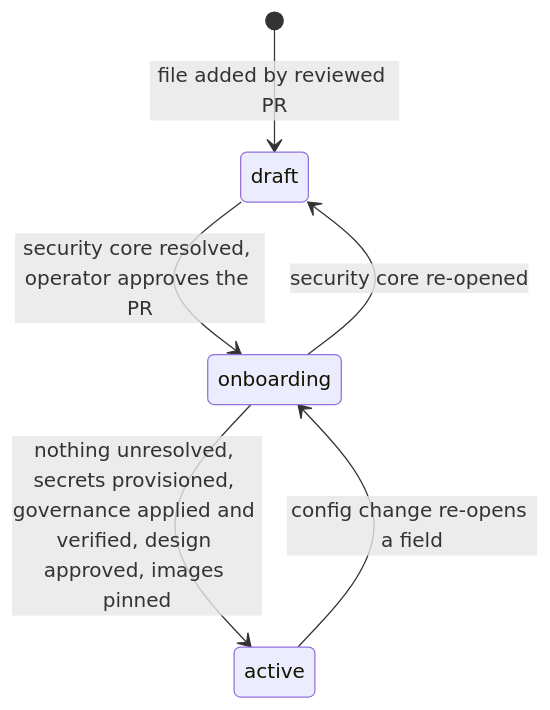
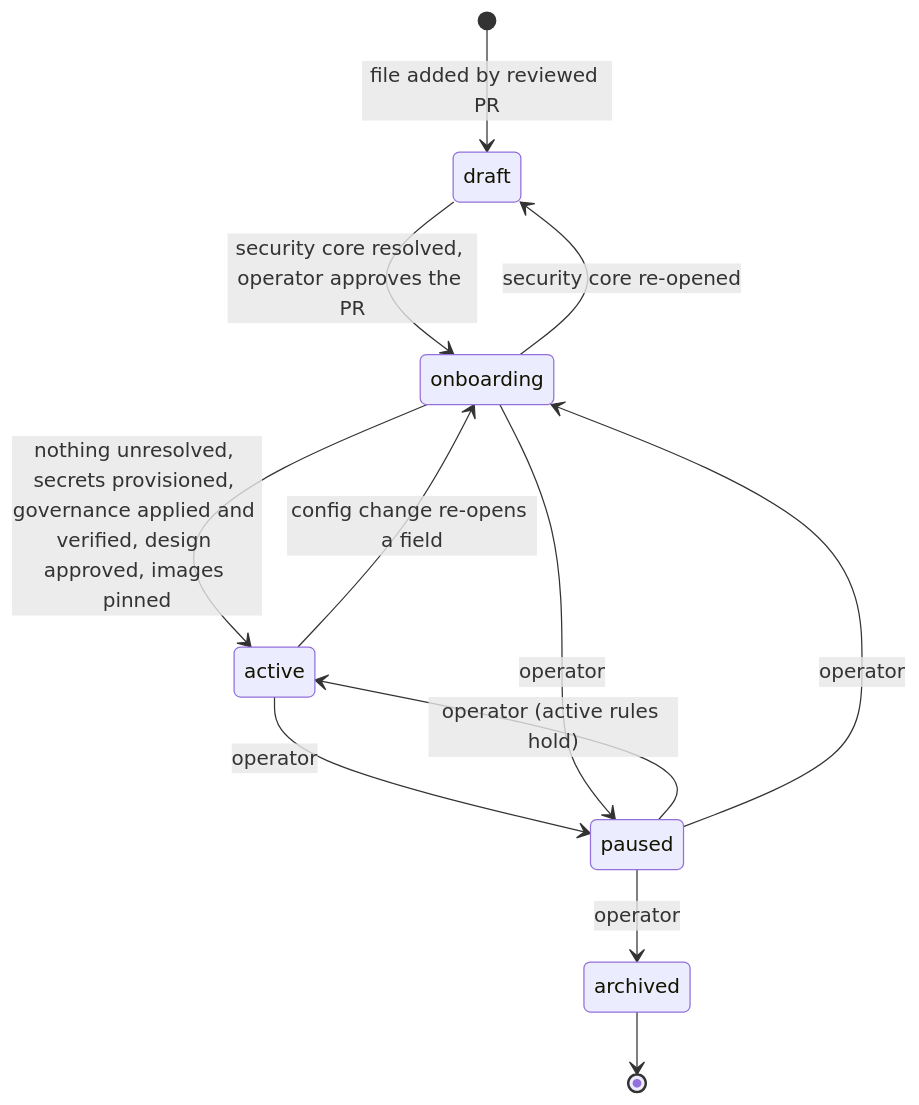
Before and after one commit to usjbro/Project-Mercury: the diagram in docs/mercury/development-orchestration/26-project-configuration.md, drawn with Mermaid. The commit also changed other lines of this file and 40 other files, not shown here.

````diff
--- a/docs/mercury/development-orchestration/26-project-configuration.md
+++ b/docs/mercury/development-orchestration/26-project-configuration.md
@@ -53,8 +53,14 @@
 ```mermaid
 stateDiagram-v2
     [*] --> draft: file added by reviewed PR
     draft --> onboarding: security core resolved, operator approves the PR
     onboarding --> active: nothing unresolved, secrets provisioned, governance applied and verified, design approved, images pinned
     active --> onboarding: config change re-opens a field
     onboarding --> draft: security core re-opened
+    active --> paused: operator
+    onboarding --> paused: operator
+    paused --> active: operator (active rules hold)
+    paused --> onboarding: operator
+    paused --> archived: operator
+    archived --> [*]
 ```
````
